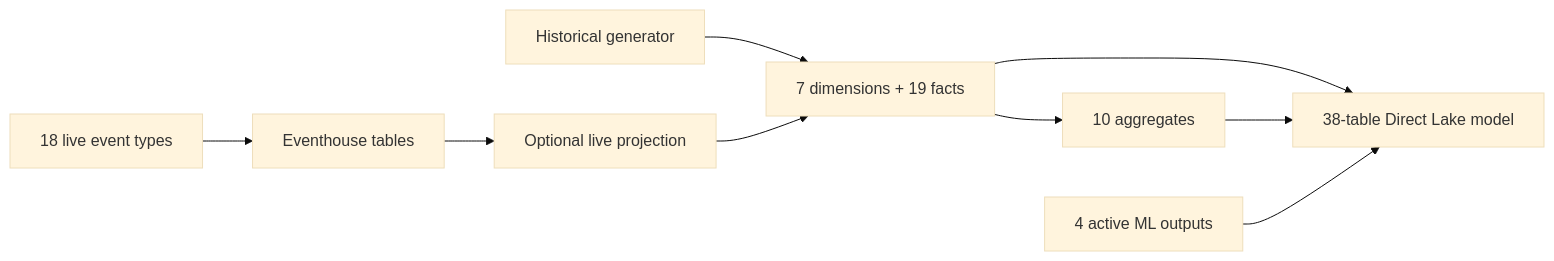
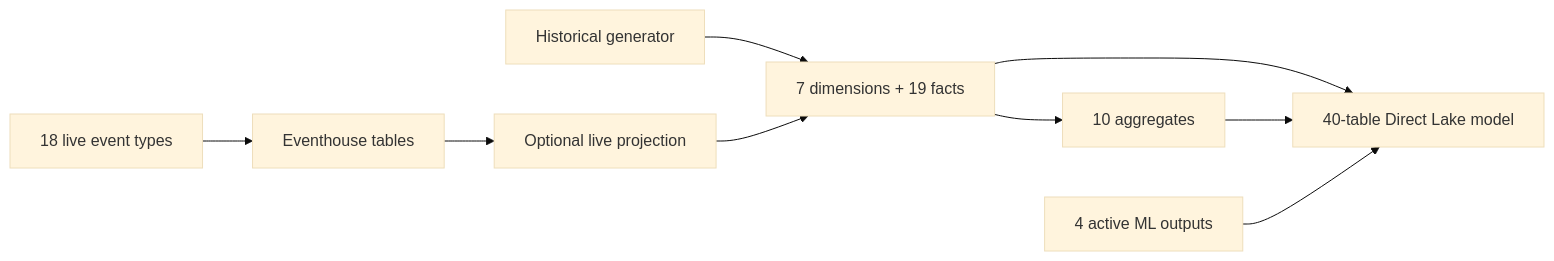
One commit to amattas/retail-demo changed the diagram in docs/design/architecture/data-schema.md. Above: the diagram before and after it, drawn with Mermaid (base theme). The commit also changed other lines of this file and 45 other files, not shown here.

````diff
--- a/docs/design/architecture/data-schema.md
+++ b/docs/design/architecture/data-schema.md
@@ -89,11 +89,11 @@
 ```mermaid
 flowchart LR
     Events[18 live event types] --> KQL[Eventhouse tables]
     KQL --> Projection[Optional live projection]
     Generation[Historical generator] --> Silver[7 dimensions + 19 facts]
     Projection --> Silver
     Silver --> Gold[10 aggregates]
-    Silver --> Model[38-table Direct Lake model]
+    Silver --> Model[40-table Direct Lake model]
     Gold --> Model
     ML[4 active ML outputs] --> Model
 ```
````
